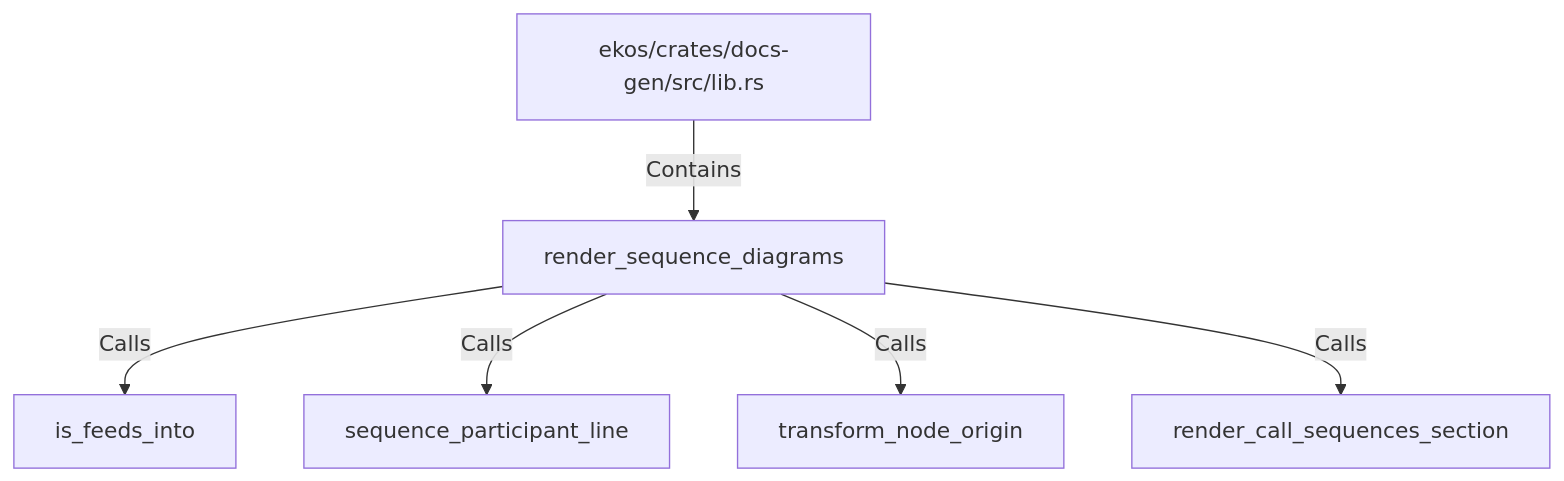
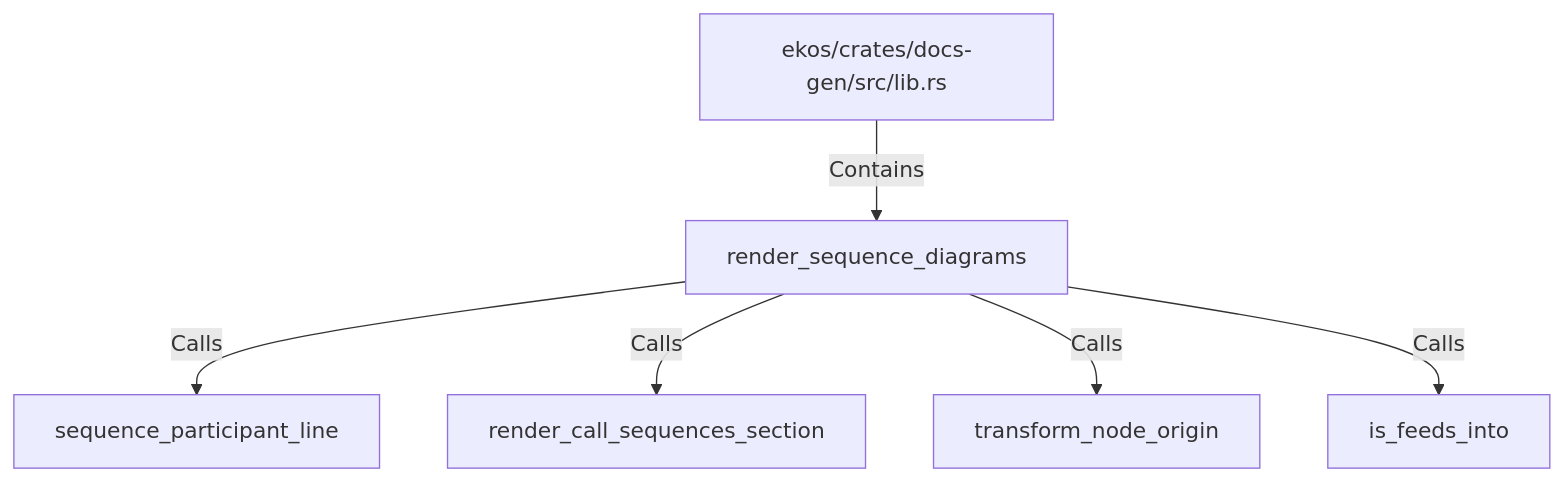
One commit to alexeyban/EKOS changed the diagram in doc/entities/rustsymbol/re/render-sequence-diagrams.md. Above: the diagram before and after it, drawn with Mermaid. The commit also changed other lines of this file and 552 other files, not shown here.

````diff
--- a/doc/entities/rustsymbol/re/render-sequence-diagrams.md
+++ b/doc/entities/rustsymbol/re/render-sequence-diagrams.md
@@ -24,14 +24,14 @@
 ```mermaid
 graph TD
     n76f24b817126591abfa9c22e46862167["render_sequence_diagrams"]
     n6ca4fba018e559b798767dae72e2ce0e["ekos/crates/docs-gen/src/lib.rs"]
     n6ca4fba018e559b798767dae72e2ce0e -->|Contains| n76f24b817126591abfa9c22e46862167
+    n6e251f6e62785d8bbc1643cd31f3ea0f["sequence_participant_line"]
+    n76f24b817126591abfa9c22e46862167 -->|Calls| n6e251f6e62785d8bbc1643cd31f3ea0f
+    nfbb1d6fecedd5ae7adeabdbf8ff8247e["render_call_sequences_section"]
+    n76f24b817126591abfa9c22e46862167 -->|Calls| nfbb1d6fecedd5ae7adeabdbf8ff8247e
+    n3102e0650ad95ba4921390dfce5c8300["transform_node_origin"]
+    n76f24b817126591abfa9c22e46862167 -->|Calls| n3102e0650ad95ba4921390dfce5c8300
     n41dc0e3dc14a5c12a09f6f9c44fbff80["is_feeds_into"]
     n76f24b817126591abfa9c22e46862167 -->|Calls| n41dc0e3dc14a5c12a09f6f9c44fbff80
-    n6e251f6e62785d8bbc1643cd31f3ea0f["sequence_participant_line"]
-    n76f24b817126591abfa9c22e46862167 -->|Calls| n6e251f6e62785d8bbc1643cd31f3ea0f
-    n3102e0650ad95ba4921390dfce5c8300["transform_node_origin"]
-    n76f24b817126591abfa9c22e46862167 -->|Calls| n3102e0650ad95ba4921390dfce5c8300
-    nfbb1d6fecedd5ae7adeabdbf8ff8247e["render_call_sequences_section"]
-    n76f24b817126591abfa9c22e46862167 -->|Calls| nfbb1d6fecedd5ae7adeabdbf8ff8247e
 ```
````
